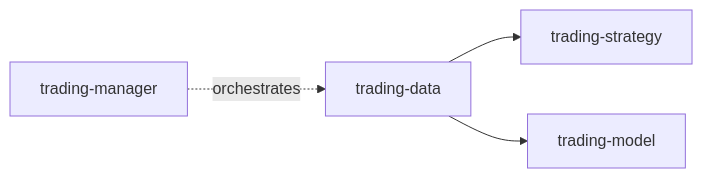
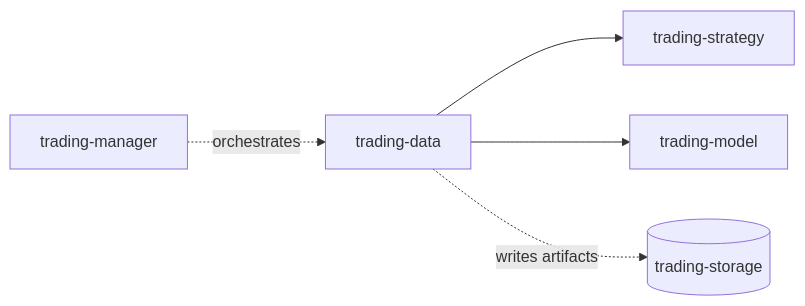
The diagram in README.md (gilmore307/trading-data), drawn with Mermaid before and after one commit. The commit also changed other lines of this file and 1 other file, not shown here.

````diff
--- a/README.md
+++ b/README.md
@@ -27,6 +9,7 @@
 ```mermaid
 flowchart LR
     TD[trading-data] --> TS[trading-strategy]
     TD --> TM[trading-model]
     MG[trading-manager] -.orchestrates.-> TD
+    TD -.writes artifacts.-> ST[(trading-storage)]
 ```
````
